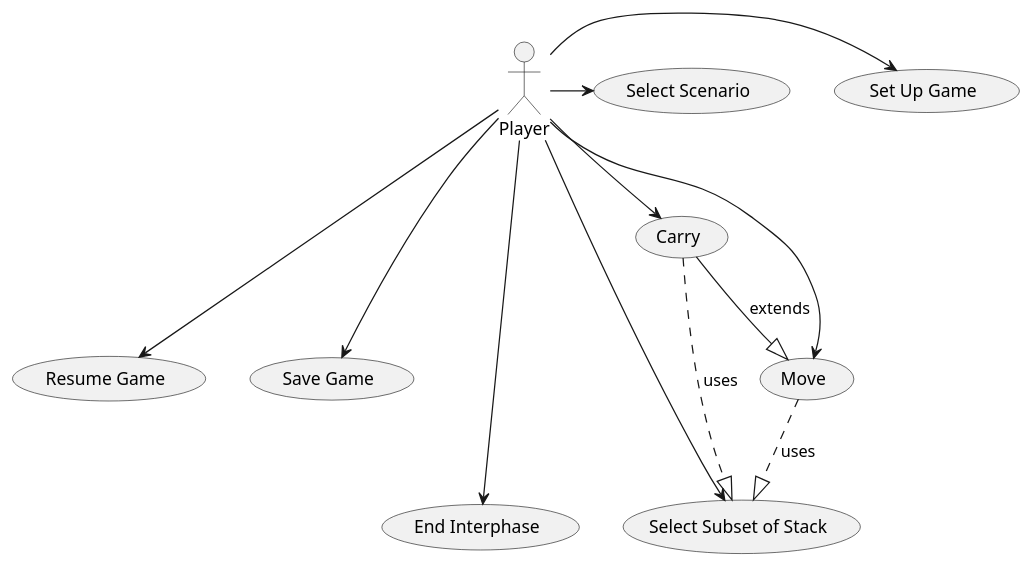
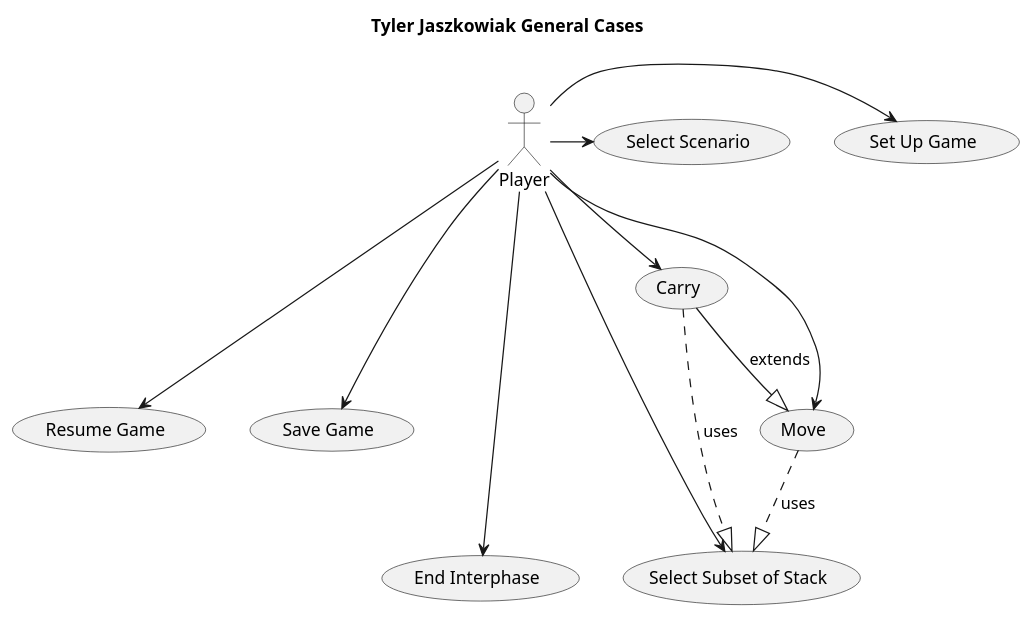
Before and after one commit to clif7786/hw2_a: the diagram in jasz_diagrams/use_cases_gen.pu, drawn with PlantUML. The commit also changed 8 other files, not shown here.

```diff
--- a/jasz_diagrams/use_cases_gen.pu
+++ b/jasz_diagrams/use_cases_gen.pu
@@ -1,23 +1,25 @@
 @startuml
+title Tyler Jaszkowiak General Cases
+
 actor Player
 
 Player ->       (Select Scenario)
 Player ->       (Set Up Game)
 Player --->     (Resume Game)
 Player --->     (Save Game)
 Player ---->    (End Interphase)
 Player ---->    (Select Subset of Stack)
 
 
 
 
 Player -> (Move)
 Player --> (Carry)
 (Carry) --|> (Move) :extends
 (Carry) ..|> (Select Subset of Stack) :uses
 (Move)  ..|> (Select Subset of Stack) :uses
 
 
 
 
 @enduml
```
